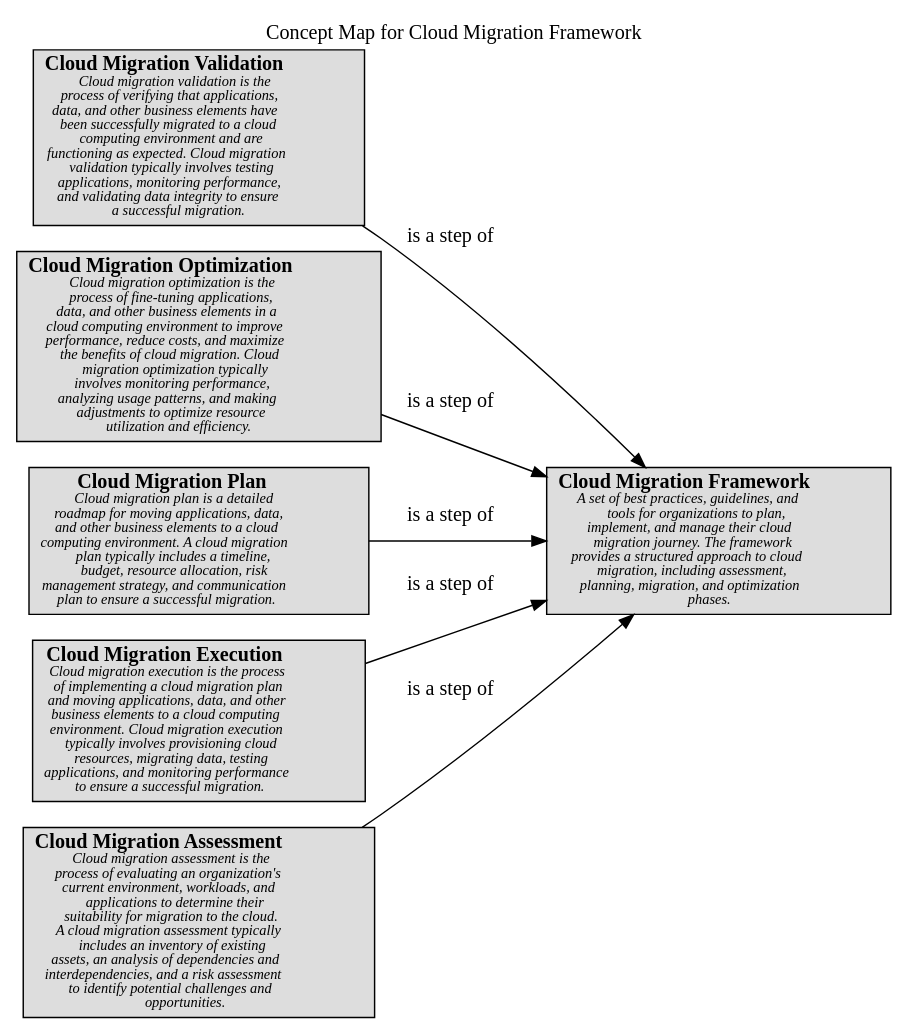
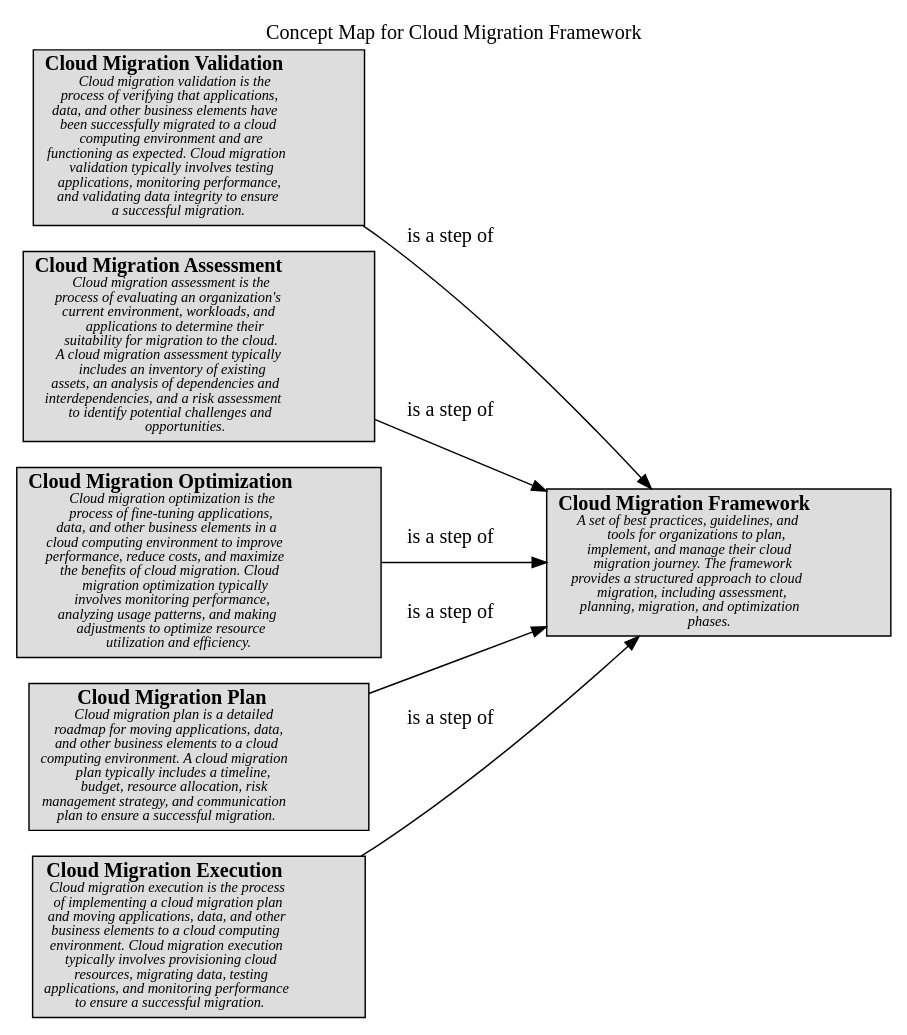
Before and after one commit to lsolbach/overarch-models: the diagram in docs/software-development/cloud/framework/cmf/concept-view.dot, drawn with Graphviz. The commit also changed other lines of this file and 137 other files, not shown here.

```diff
--- a/docs/software-development/cloud/framework/cmf/concept-view.dot
+++ b/docs/software-development/cloud/framework/cmf/concept-view.dot
@@ -1,22 +1,22 @@
 digraph "Concept Map for Cloud Migration Framework" {
   labelloc= "t"
   label="Concept Map for Cloud Migration Framework"
   rankdir="LR"
 
   layout=dot
 software_development_cloud_framework_cmf__cloud_migration_validation [shape=box style=filled fillcolor="#dddddd" label=<<B>Cloud Migration Validation</B><BR/><FONT POINT-SIZE="10"><I>Cloud migration validation is the<BR/>process of verifying that applications,<BR/>data, and other business elements have<BR/>been successfully migrated to a cloud<BR/>computing environment and are<BR/>functioning as expected. Cloud migration<BR/>validation typically involves testing<BR/>applications, monitoring performance,<BR/>and validating data integrity to ensure<BR/>a successful migration. </I></FONT>>]
+software_development_cloud_framework_cmf__cloud_migration_assessment [shape=box style=filled fillcolor="#dddddd" label=<<B>Cloud Migration Assessment</B><BR/><FONT POINT-SIZE="10"><I>Cloud migration assessment is the<BR/>process of evaluating an organization&apos;s<BR/>current environment, workloads, and<BR/>applications to determine their<BR/>suitability for migration to the cloud.<BR/>A cloud migration assessment typically<BR/>includes an inventory of existing<BR/>assets, an analysis of dependencies and<BR/>interdependencies, and a risk assessment<BR/>to identify potential challenges and<BR/>opportunities. </I></FONT>>]
 software_development_cloud_framework_cmf__cloud_migration_optimization [shape=box style=filled fillcolor="#dddddd" label=<<B>Cloud Migration Optimization</B><BR/><FONT POINT-SIZE="10"><I>Cloud migration optimization is the<BR/>process of fine-tuning applications,<BR/>data, and other business elements in a<BR/>cloud computing environment to improve<BR/>performance, reduce costs, and maximize<BR/>the benefits of cloud migration. Cloud<BR/>migration optimization typically<BR/>involves monitoring performance,<BR/>analyzing usage patterns, and making<BR/>adjustments to optimize resource<BR/>utilization and efficiency. </I></FONT>>]
 software_development_cloud_framework_cmf__cloud_migration_plan [shape=box style=filled fillcolor="#dddddd" label=<<B>Cloud Migration Plan</B><BR/><FONT POINT-SIZE="10"><I>Cloud migration plan is a detailed<BR/>roadmap for moving applications, data,<BR/>and other business elements to a cloud<BR/>computing environment. A cloud migration<BR/>plan typically includes a timeline,<BR/>budget, resource allocation, risk<BR/>management strategy, and communication<BR/>plan to ensure a successful migration. </I></FONT>>]
 software_development_cloud_framework_cmf__cloud_migration_execution [shape=box style=filled fillcolor="#dddddd" label=<<B>Cloud Migration Execution</B><BR/><FONT POINT-SIZE="10"><I>Cloud migration execution is the process<BR/>of implementing a cloud migration plan<BR/>and moving applications, data, and other<BR/>business elements to a cloud computing<BR/>environment. Cloud migration execution<BR/>typically involves provisioning cloud<BR/>resources, migrating data, testing<BR/>applications, and monitoring performance<BR/>to ensure a successful migration. </I></FONT>>]
 software_development_cloud_framework__cloud_migration_framework [shape=box style=filled fillcolor="#dddddd" label=<<B>Cloud Migration Framework</B><BR/><FONT POINT-SIZE="10"><I>A set of best practices, guidelines, and<BR/>tools for organizations to plan,<BR/>implement, and manage their cloud<BR/>migration journey. The framework<BR/>provides a structured approach to cloud<BR/>migration, including assessment,<BR/>planning, migration, and optimization<BR/>phases. </I></FONT>>]
-software_development_cloud_framework_cmf__cloud_migration_assessment [shape=box style=filled fillcolor="#dddddd" label=<<B>Cloud Migration Assessment</B><BR/><FONT POINT-SIZE="10"><I>Cloud migration assessment is the<BR/>process of evaluating an organization&apos;s<BR/>current environment, workloads, and<BR/>applications to determine their<BR/>suitability for migration to the cloud.<BR/>A cloud migration assessment typically<BR/>includes an inventory of existing<BR/>assets, an analysis of dependencies and<BR/>interdependencies, and a risk assessment<BR/>to identify potential challenges and<BR/>opportunities. </I></FONT>>]
  
 software_development_cloud_framework_cmf__cloud_migration_assessment -> software_development_cloud_framework__cloud_migration_framework [label=<is a step of<BR/><FONT POINT-SIZE="10"><I> </I></FONT>>]
 software_development_cloud_framework_cmf__cloud_migration_plan -> software_development_cloud_framework__cloud_migration_framework [label=<is a step of<BR/><FONT POINT-SIZE="10"><I> </I></FONT>>]
 software_development_cloud_framework_cmf__cloud_migration_execution -> software_development_cloud_framework__cloud_migration_framework [label=<is a step of<BR/><FONT POINT-SIZE="10"><I> </I></FONT>>]
 software_development_cloud_framework_cmf__cloud_migration_optimization -> software_development_cloud_framework__cloud_migration_framework [label=<is a step of<BR/><FONT POINT-SIZE="10"><I> </I></FONT>>]
 software_development_cloud_framework_cmf__cloud_migration_validation -> software_development_cloud_framework__cloud_migration_framework [label=<is a step of<BR/><FONT POINT-SIZE="10"><I> </I></FONT>>]
  
 }
 
 // (generated by Overarch with template views/view.dot.cmb)
```
